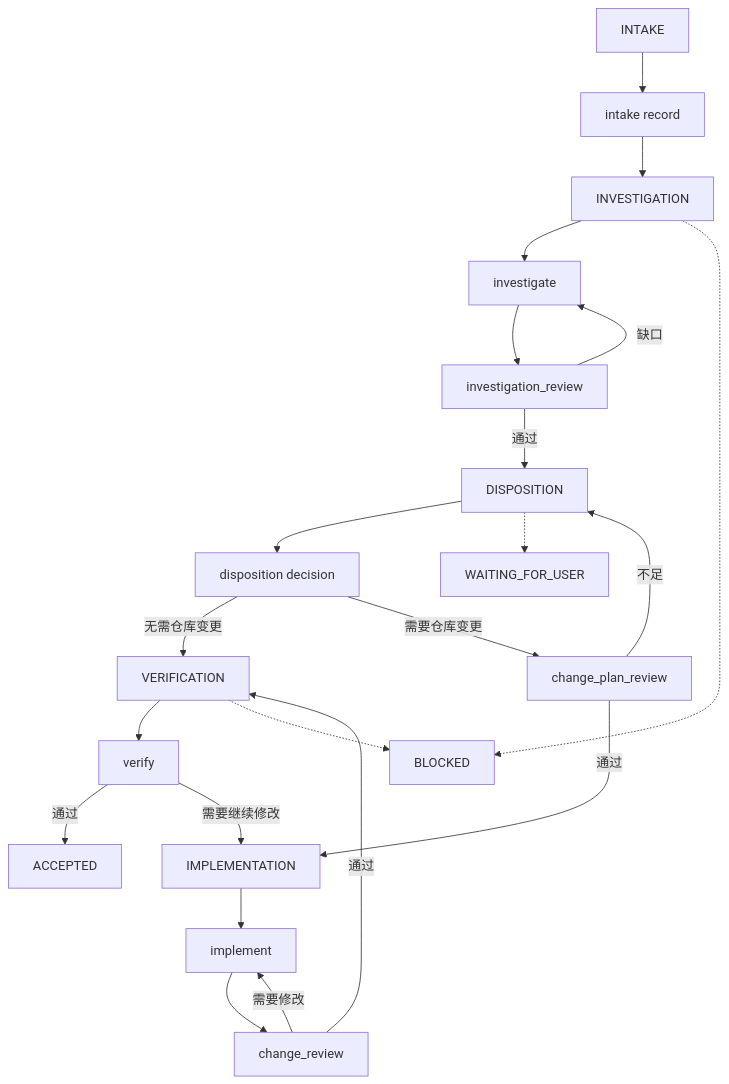
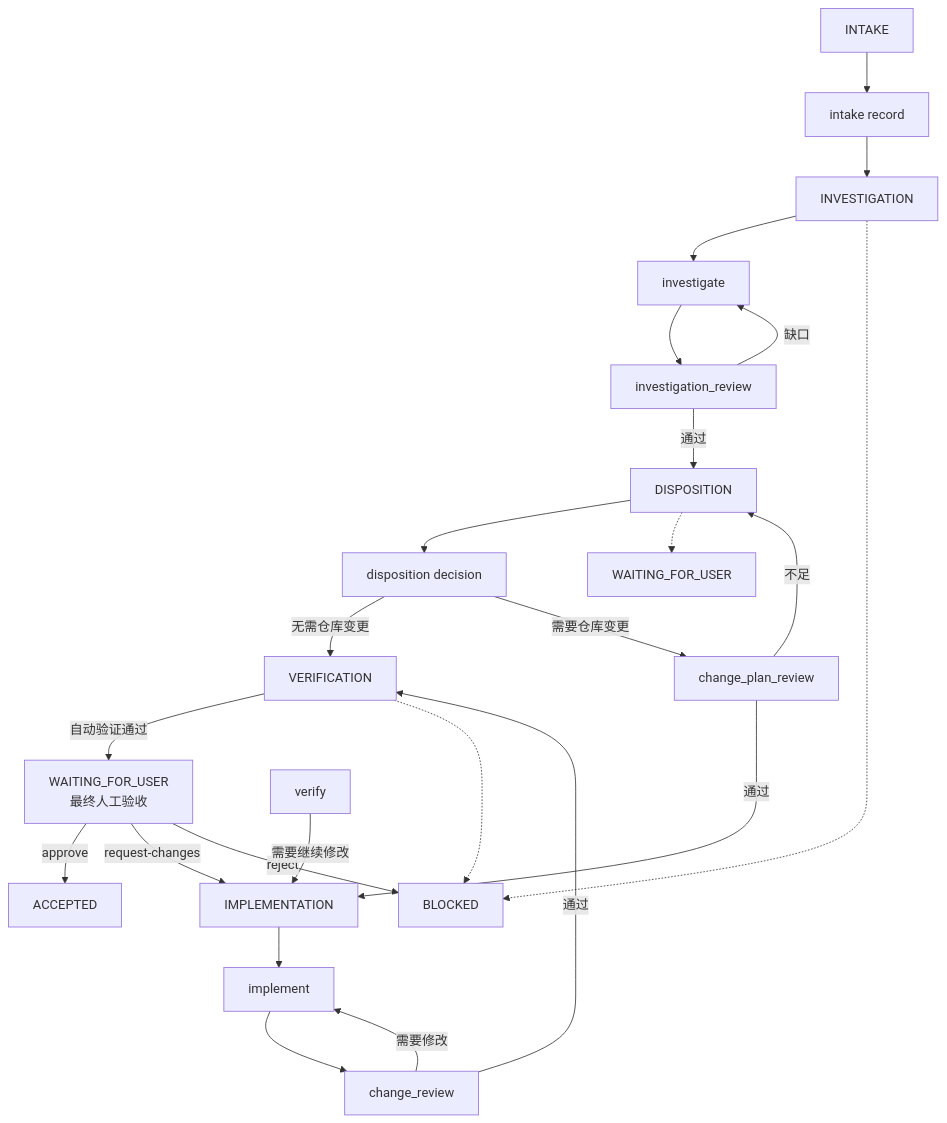
One commit to ZHOUKAILIAN/my-pi-extension changed the second of 10 diagrams in docs/02-产品实现/fix-runtime-technical-design.md. Above: the diagram before and after it, drawn with Mermaid. The commit also changed other lines of this file and 8 other files, not shown here.

````diff
--- a/docs/02-产品实现/fix-runtime-technical-design.md
+++ b/docs/02-产品实现/fix-runtime-technical-design.md
@@ -55,38 +55,42 @@
 ```mermaid
 flowchart TD
   intake[INTAKE]
   investigation[INVESTIGATION]
   disposition[DISPOSITION]
   implementation[IMPLEMENTATION]
   verification[VERIFICATION]
+  waitingAcceptance[WAITING_FOR_USER<br/>最终人工验收]
   blocked[BLOCKED]
   waiting[WAITING_FOR_USER]
   accepted[ACCEPTED]
 
   intakeNode[intake record]
   investigate[investigate]
   investigationReview[investigation_review]
   dispositionNode[disposition decision]
   planReview[change_plan_review]
   implement[implement]
   changeReview[change_review]
   verify[verify]
 
   intake --> intakeNode --> investigation
   investigation --> investigate --> investigationReview
   investigationReview -->|通过| disposition
   investigationReview -->|缺口| investigate
   disposition --> dispositionNode
   dispositionNode -->|无需仓库变更| verification
   dispositionNode -->|需要仓库变更| planReview
   planReview -->|通过| implementation
   planReview -->|不足| disposition
   implementation --> implement --> changeReview
   changeReview -->|通过| verification
   changeReview -->|需要修改| implement
-  verification --> verify -->|通过| accepted
+  verification -->|自动验证通过| waitingAcceptance
+  waitingAcceptance -->|approve| accepted
+  waitingAcceptance -->|request-changes| implementation
+  waitingAcceptance -->|reject| blocked
   verify -->|需要继续修改| implementation
   investigation -.-> blocked
   verification -.-> blocked
   disposition -.-> waiting
 ```
````
